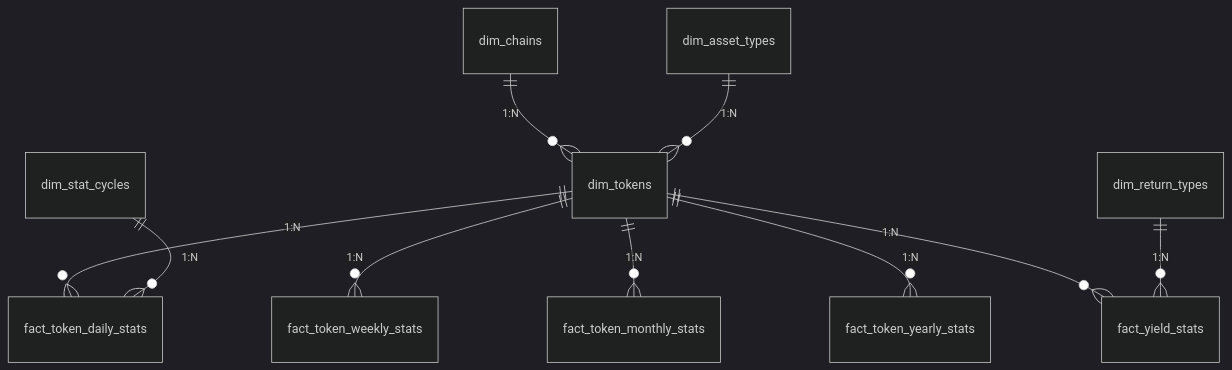
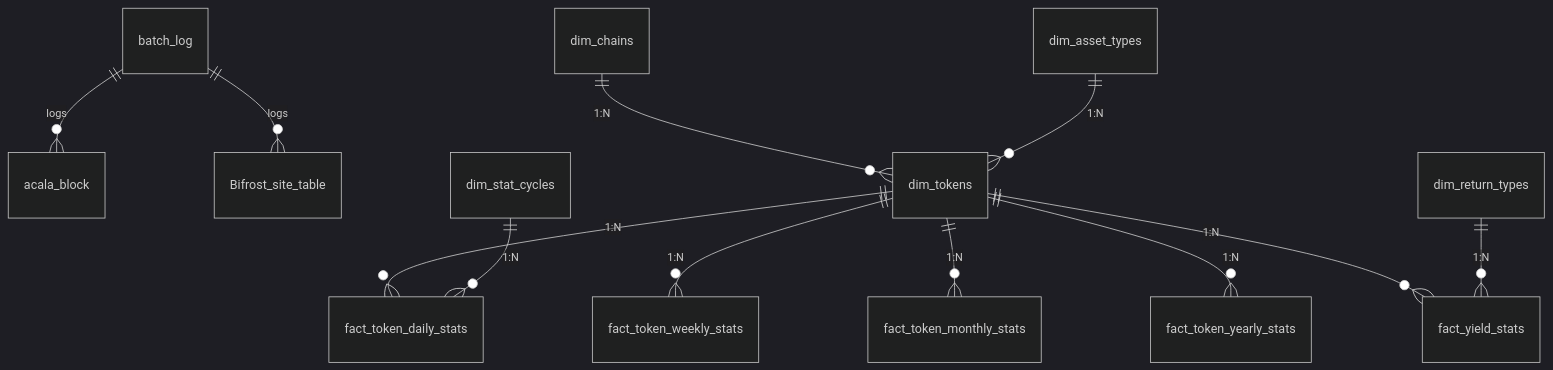
The diagram in doc/en/database.md (Query-Web3/queryweb3-extractor), drawn with Mermaid (dark theme) before and after one commit. The commit also changed other lines of this file and 15 other files, not shown here.

````diff
--- a/doc/en/database.md
+++ b/doc/en/database.md
@@ -10,12 +28,15 @@
 ```mermaid
 erDiagram
+    batch_log ||--o{ acala_block : "logs"
+    batch_log ||--o{ Bifrost_site_table : "logs"
+    
     dim_tokens ||--o{ fact_token_daily_stats : "1:N"
     dim_tokens ||--o{ fact_token_weekly_stats : "1:N"
     dim_tokens ||--o{ fact_token_monthly_stats : "1:N" 
     dim_tokens ||--o{ fact_token_yearly_stats : "1:N"
     dim_tokens ||--o{ fact_yield_stats : "1:N"
     dim_chains ||--o{ dim_tokens : "1:N"
     dim_asset_types ||--o{ dim_tokens : "1:N"
     dim_return_types ||--o{ fact_yield_stats : "1:N"
     dim_stat_cycles ||--o{ fact_token_daily_stats : "1:N"
 ```
````
